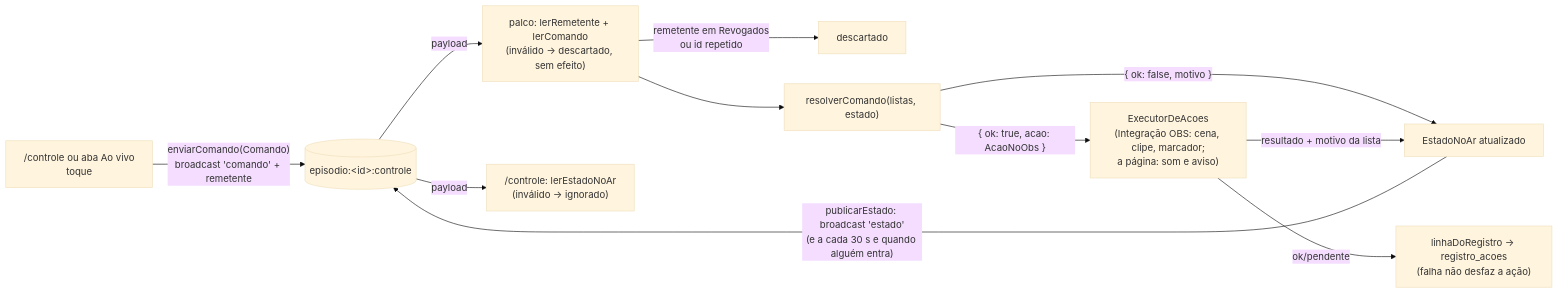
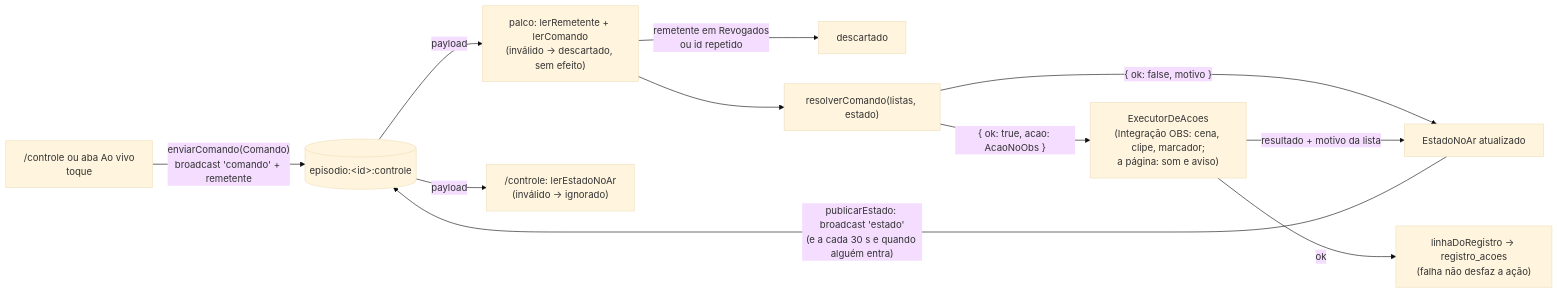
Before and after one commit to TokumoH/RevocastCameras: the diagram in src/domains/aovivo/README.md, drawn with Mermaid (base theme). The commit also changed other lines of this file and 16 other files, not shown here.

````diff
--- a/src/domains/aovivo/README.md
+++ b/src/domains/aovivo/README.md
@@ -62,13 +65,13 @@
 ```mermaid
 flowchart LR
     T["/controle ou aba Ao vivo<br/>toque"] -- "enviarComando(Comando)<br/>broadcast 'comando' + remetente" --> C[("episodio:&lt;id&gt;:controle")]
     C -- payload --> L["palco: lerRemetente + lerComando<br/>(inválido → descartado, sem efeito)"]
     L -- "remetente em Revogados<br/>ou id repetido" --> X[descartado]
     L --> R["resolverComando(listas, estado)"]
     R -- "{ ok: false, motivo }" --> E
     R -- "{ ok: true, acao: AcaoNoObs }" --> O["ExecutorDeAcoes<br/>(Integração OBS: cena, clipe, marcador;<br/>a página: som e aviso)"]
     O -- "resultado + motivo da lista" --> E["EstadoNoAr atualizado"]
-    O -- "ok/pendente" --> G["linhaDoRegistro → registro_acoes<br/>(falha não desfaz a ação)"]
+    O -- "ok" --> G["linhaDoRegistro → registro_acoes<br/>(falha não desfaz a ação)"]
     E -- "publicarEstado: broadcast 'estado'<br/>(e a cada 30 s e quando alguém entra)" --> C
     C -- payload --> V["/controle: lerEstadoNoAr<br/>(inválido → ignorado)"]
 ```
````
